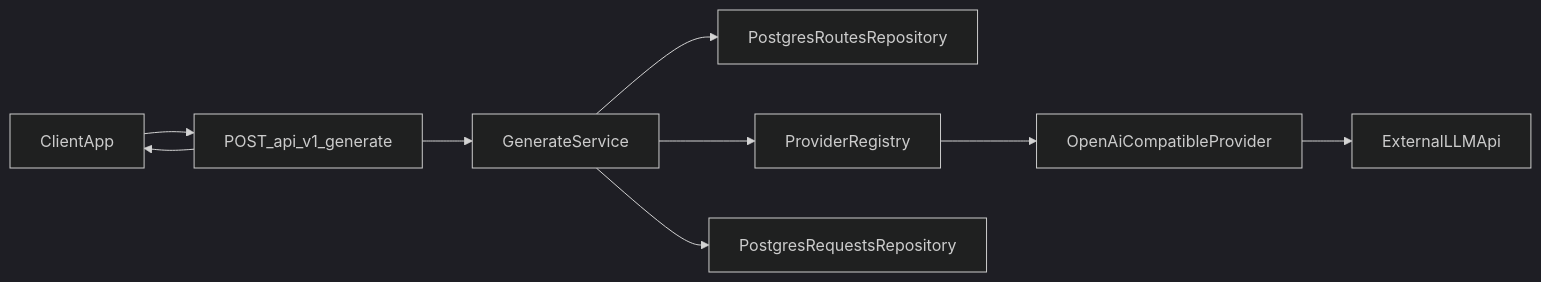
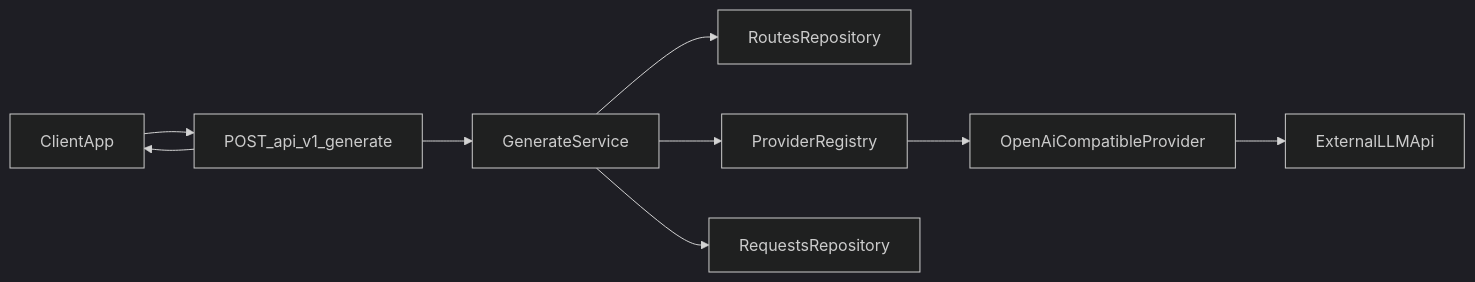
One commit to averichev/ai-gateway changed the diagram in architecture.md. Above: the diagram before and after it, drawn with Mermaid (dark theme). The commit also changed other lines of this file and 40 other files, not shown here.

````diff
--- a/architecture.md
+++ b/architecture.md
@@ -83,11 +83,11 @@
 ```mermaid
 flowchart LR
 client[ClientApp] --> generateApi[POST_api_v1_generate]
 generateApi --> generateUseCase[GenerateService]
-generateUseCase --> routesRepo[PostgresRoutesRepository]
+generateUseCase --> routesRepo[RoutesRepository]
 generateUseCase --> providerRegistry[ProviderRegistry]
 providerRegistry --> providerAdapter[OpenAiCompatibleProvider]
 providerAdapter --> upstream[ExternalLLMApi]
-generateUseCase --> requestsRepo[PostgresRequestsRepository]
+generateUseCase --> requestsRepo[RequestsRepository]
 generateApi --> client
 ```
````
